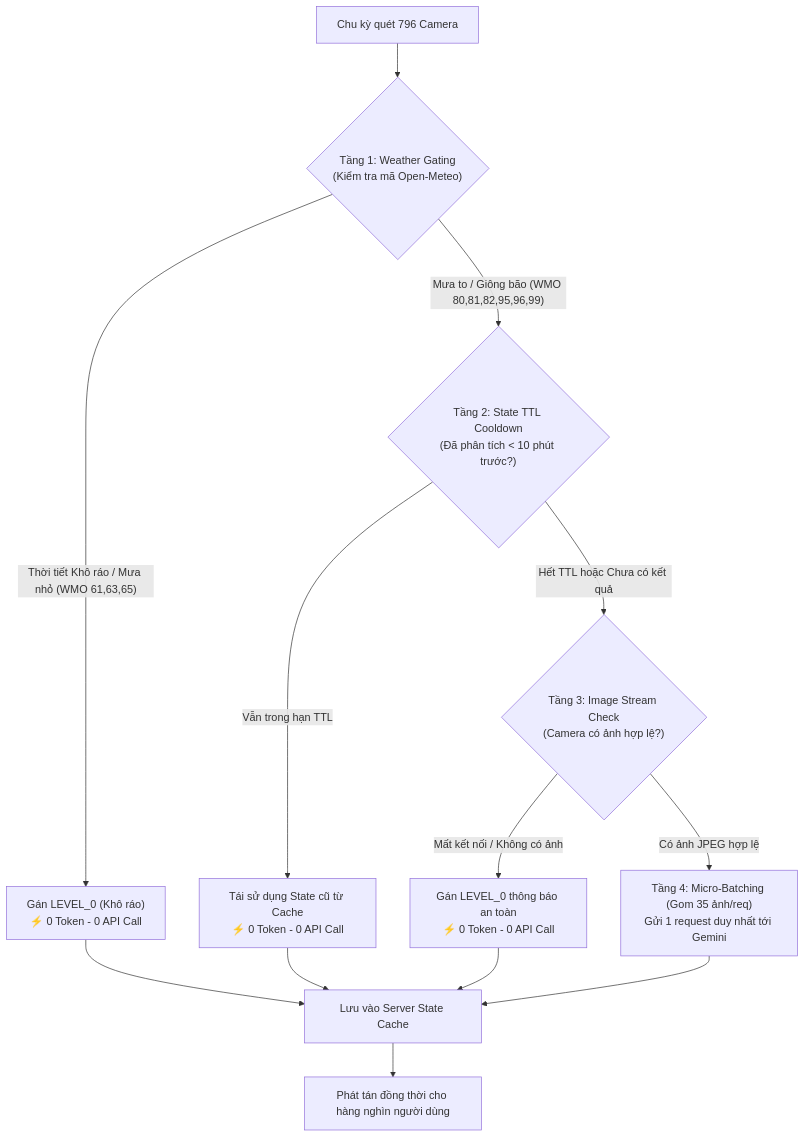
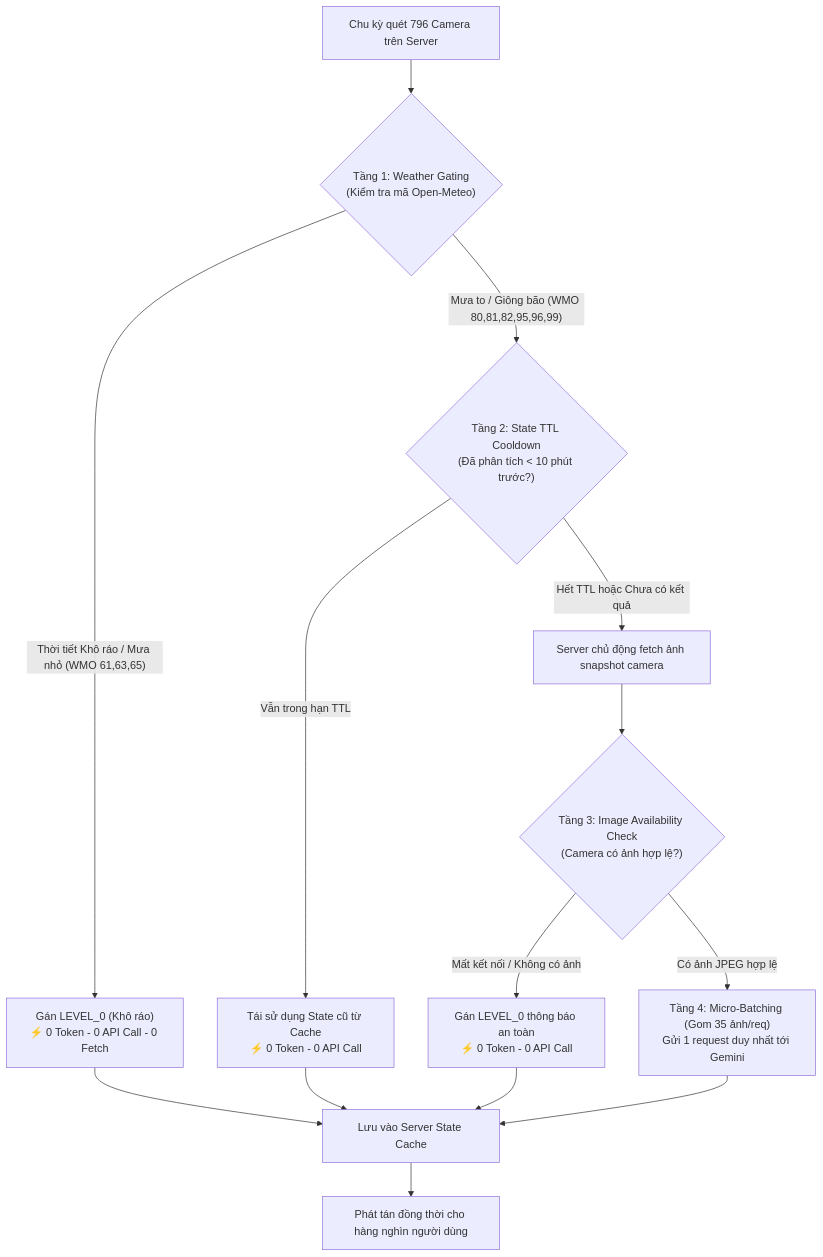
The second of 2 diagrams in README.md (helitoo/venha), drawn with Mermaid before and after one commit. The commit also changed other lines of this file and 6 other files, not shown here.

````diff
--- a/README.md
+++ b/README.md
@@ -77,22 +86,24 @@
 ```mermaid
 flowchart TD
-    A["Chu kỳ quét 796 Camera"] --> B{"Tầng 1: Weather Gating<br/>(Kiểm tra mã Open-Meteo)"}
+    A["Chu kỳ quét 796 Camera trên Server"] --> B{"Tầng 1: Weather Gating<br/>(Kiểm tra mã Open-Meteo)"}
     
-    B -->|"Thời tiết Khô ráo / Mưa nhỏ (WMO 61,63,65)"| C["Gán LEVEL_0 (Khô ráo)<br/>⚡ 0 Token - 0 API Call"]
+    B -->|"Thời tiết Khô ráo / Mưa nhỏ (WMO 61,63,65)"| C["Gán LEVEL_0 (Khô ráo)<br/>⚡ 0 Token - 0 API Call - 0 Fetch"]
     
     B -->|"Mưa to / Giông bão (WMO 80,81,82,95,96,99)"| D{"Tầng 2: State TTL Cooldown<br/>(Đã phân tích < 10 phút trước?)"}
     
     D -->|Vẫn trong hạn TTL| E["Tái sử dụng State cũ từ Cache<br/>⚡ 0 Token - 0 API Call"]
     
-    D -->|Hết TTL hoặc Chưa có kết quả| F{"Tầng 3: Image Stream Check<br/>(Camera có ảnh hợp lệ?)"}
+    D -->|Hết TTL hoặc Chưa có kết quả| F["Server chủ động fetch ảnh snapshot camera"]
     
-    F -->|Mất kết nối / Không có ảnh| G["Gán LEVEL_0 thông báo an toàn<br/>⚡ 0 Token - 0 API Call"]
+    F --> G{"Tầng 3: Image Availability Check<br/>(Camera có ảnh hợp lệ?)"}
     
-    F -->|Có ảnh JPEG hợp lệ| H["Tầng 4: Micro-Batching (Gom 35 ảnh/req)<br/>Gửi 1 request duy nhất tới Gemini"]
+    G -->|Mất kết nối / Không có ảnh| H["Gán LEVEL_0 thông báo an toàn<br/>⚡ 0 Token - 0 API Call"]
     
-    H --> I["Lưu vào Server State Cache"]
-    C --> I
-    E --> I
-    G --> I
-    I --> J["Phát tán đồng thời cho hàng nghìn người dùng"]
+    G -->|Có ảnh JPEG hợp lệ| I["Tầng 4: Micro-Batching (Gom 35 ảnh/req)<br/>Gửi 1 request duy nhất tới Gemini"]
+    
+    I --> J["Lưu vào Server State Cache"]
+    C --> J
+    E --> J
+    H --> J
+    J --> K["Phát tán đồng thời cho hàng nghìn người dùng"]
 ```
````
